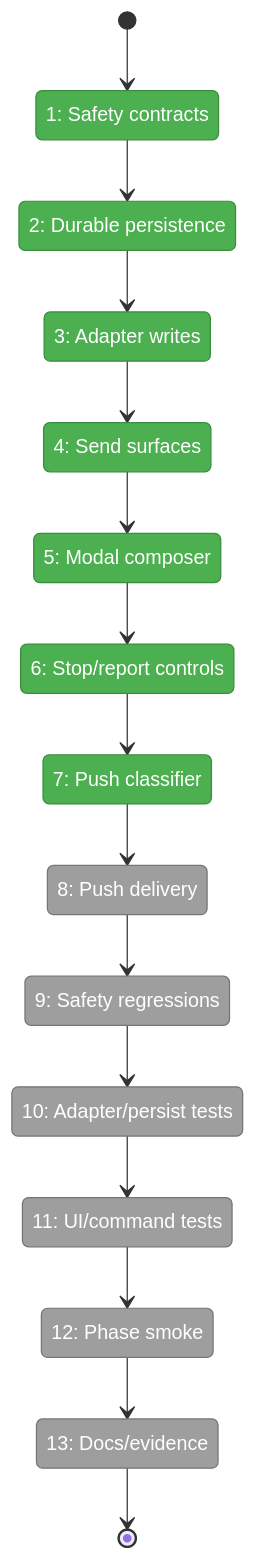
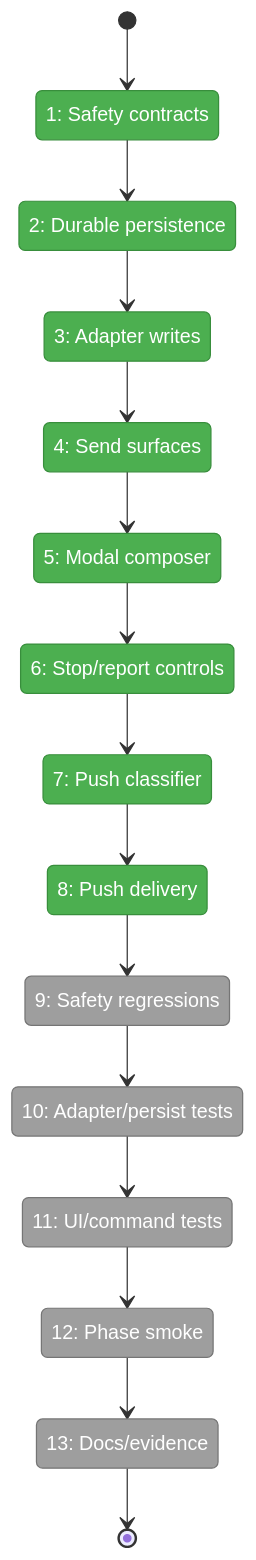
The first of 2 diagrams in docs/plans/007-options-for-pi-extensions-that-do-subagents/tasks/phase-3-interaction-push-context-and-hardening/tasks.fltplan.md (vaughanknight/pij), drawn with Mermaid before and after one commit. The commit also changed other lines of this file and 3 other files, not shown here.

````diff
--- a/docs/plans/007-options-for-pi-extensions-that-do-subagents/tasks/phase-3-interaction-push-context-and-hardening/tasks.fltplan.md
+++ b/docs/plans/007-options-for-pi-extensions-that-do-subagents/tasks/phase-3-interaction-push-context-and-hardening/tasks.fltplan.md
@@ -43,39 +43,39 @@
 ```mermaid
 stateDiagram-v2
     classDef pending fill:#9E9E9E,stroke:#757575,color:#fff
     classDef active fill:#FFC107,stroke:#FFA000,color:#000
     classDef done fill:#4CAF50,stroke:#388E3C,color:#fff
     classDef blocked fill:#F44336,stroke:#D32F2F,color:#fff
 
     state "1: Safety contracts" as S1
     state "2: Durable persistence" as S2
     state "3: Adapter writes" as S3
     state "4: Send surfaces" as S4
     state "5: Modal composer" as S5
     state "6: Stop/report controls" as S6
     state "7: Push classifier" as S7
     state "8: Push delivery" as S8
     state "9: Safety regressions" as S9
     state "10: Adapter/persist tests" as S10
     state "11: UI/command tests" as S11
     state "12: Phase smoke" as S12
     state "13: Docs/evidence" as S13
 
     [*] --> S1
     S1 --> S2
     S2 --> S3
     S3 --> S4
     S4 --> S5
     S5 --> S6
     S6 --> S7
     S7 --> S8
     S8 --> S9
     S9 --> S10
     S10 --> S11
     S11 --> S12
     S12 --> S13
     S13 --> [*]
 
-    class S1,S2,S3,S4,S5,S6,S7 done
-    class S8,S9,S10,S11,S12,S13 pending
+    class S1,S2,S3,S4,S5,S6,S7,S8 done
+    class S9,S10,S11,S12,S13 pending
 ```
````
